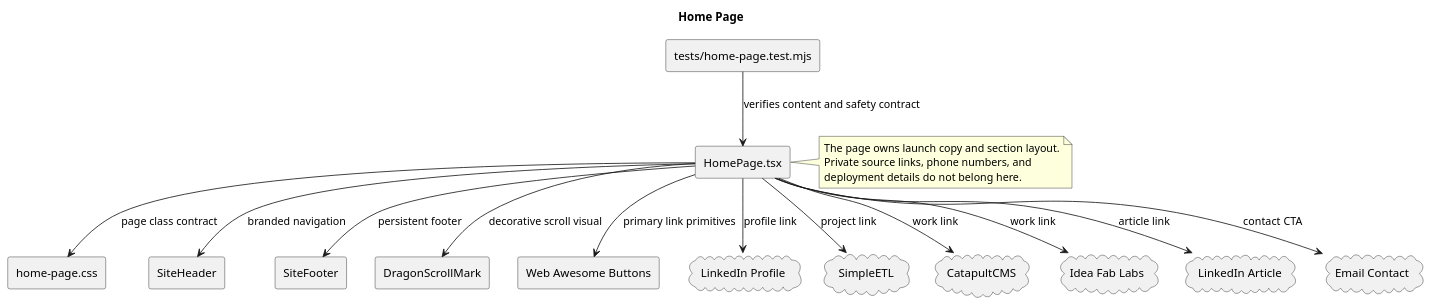
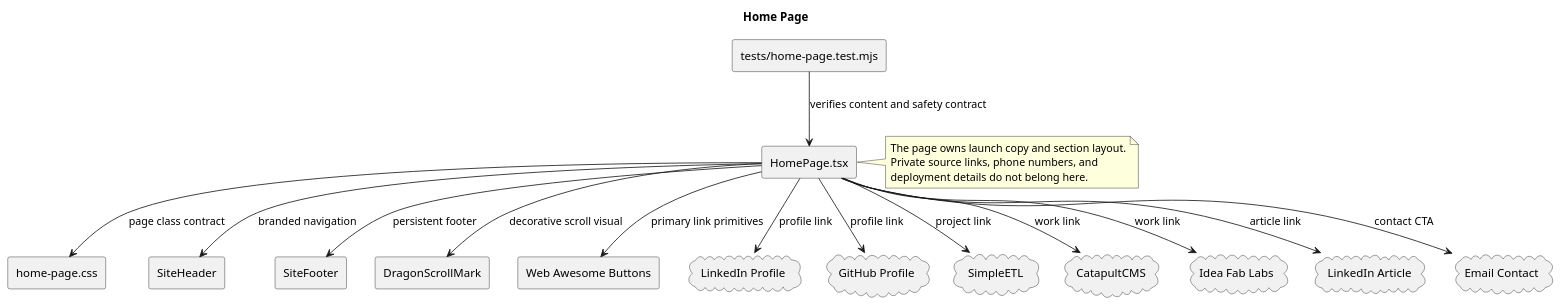
One commit to bonecutter-hierophant/Bonecutters changed the diagram in client/src/pages/home/home-page.puml. Above: the diagram before and after it, drawn with PlantUML. The commit also changed 3 other files, not shown here.

Commit message:
Update home page profile links and SimpleETL copy

```diff
--- a/client/src/pages/home/home-page.puml
+++ b/client/src/pages/home/home-page.puml
@@ -1,38 +1,40 @@
 @startuml
 title Home Page
 skinparam componentStyle rectangle
 
 component "HomePage.tsx" as HomePage
 component "home-page.css" as Styles
 component "tests/home-page.test.mjs" as Tests
 component "SiteHeader" as SiteHeader
 component "SiteFooter" as SiteFooter
 component "DragonScrollMark" as DragonScrollMark
 component "Web Awesome Buttons" as WebAwesomeButtons
 cloud "LinkedIn Profile" as LinkedIn
+cloud "GitHub Profile" as GitHub
 cloud "SimpleETL" as SimpleETL
 cloud "CatapultCMS" as CatapultCMS
 cloud "Idea Fab Labs" as IdeaFabLabs
 cloud "LinkedIn Article" as Writing
 cloud "Email Contact" as Email
 
 HomePage --> Styles : page class contract
 HomePage --> SiteHeader : branded navigation
 HomePage --> DragonScrollMark : decorative scroll visual
 HomePage --> SiteFooter : persistent footer
 HomePage --> WebAwesomeButtons : primary link primitives
 HomePage --> LinkedIn : profile link
+HomePage --> GitHub : profile link
 HomePage --> SimpleETL : project link
 HomePage --> CatapultCMS : work link
 HomePage --> IdeaFabLabs : work link
 HomePage --> Writing : article link
 HomePage --> Email : contact CTA
 Tests --> HomePage : verifies content and safety contract
 
 note right of HomePage
 The page owns launch copy and section layout.
 Private source links, phone numbers, and
 deployment details do not belong here.
 end note
 
 @enduml
```
